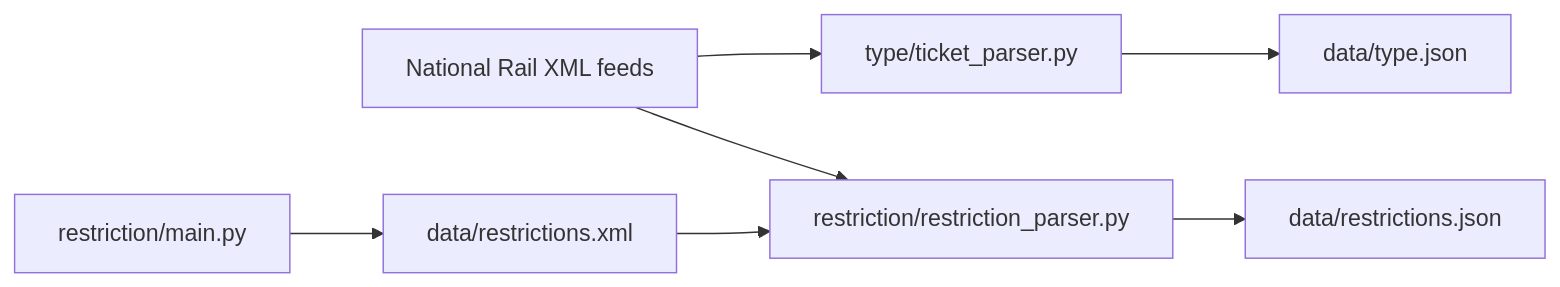
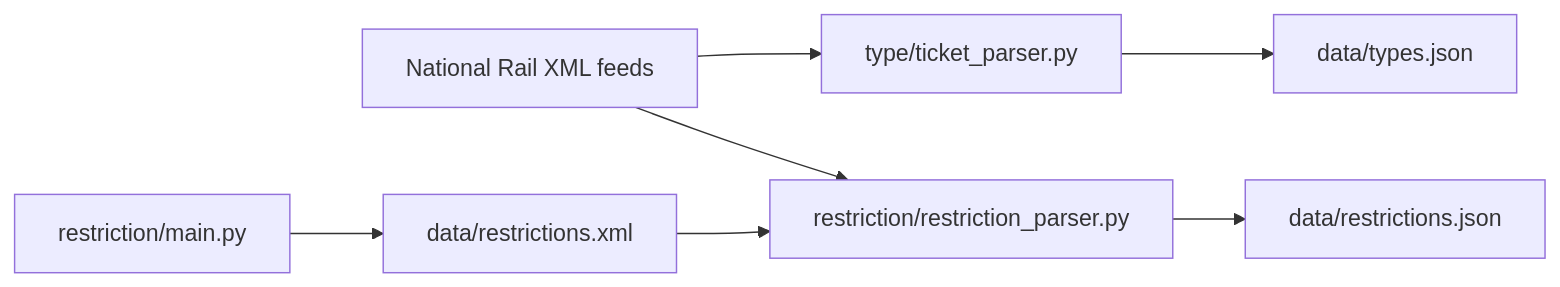
The diagram in README.md (Gomida05/national-rail-data-pipeline), drawn with Mermaid before and after one commit. The commit also changed other lines of this file and 2 other files, not shown here.

First line of the commit message:
Add new data files for types in JSON and XML formats

````diff
--- a/README.md
+++ b/README.md
@@ -39,9 +39,9 @@
 ```mermaid
 flowchart LR
     A[National Rail XML feeds] --> B[type/ticket_parser.py]
     A --> C[restriction/restriction_parser.py]
-    B --> D[data/type.json]
+    B --> D[data/types.json]
     C --> E[data/restrictions.json]
     F[restriction/main.py] --> G[data/restrictions.xml]
     G --> C
 ```
````
